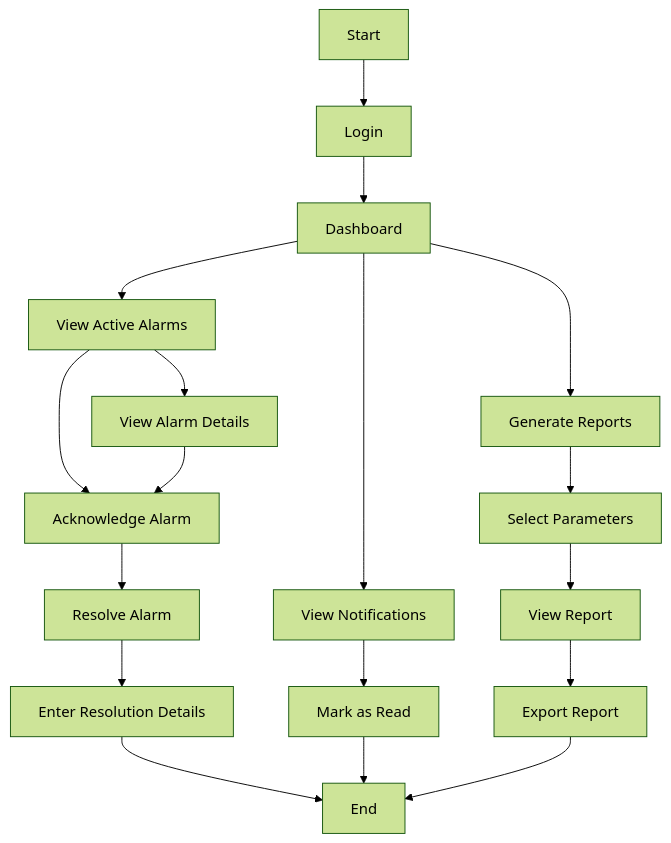
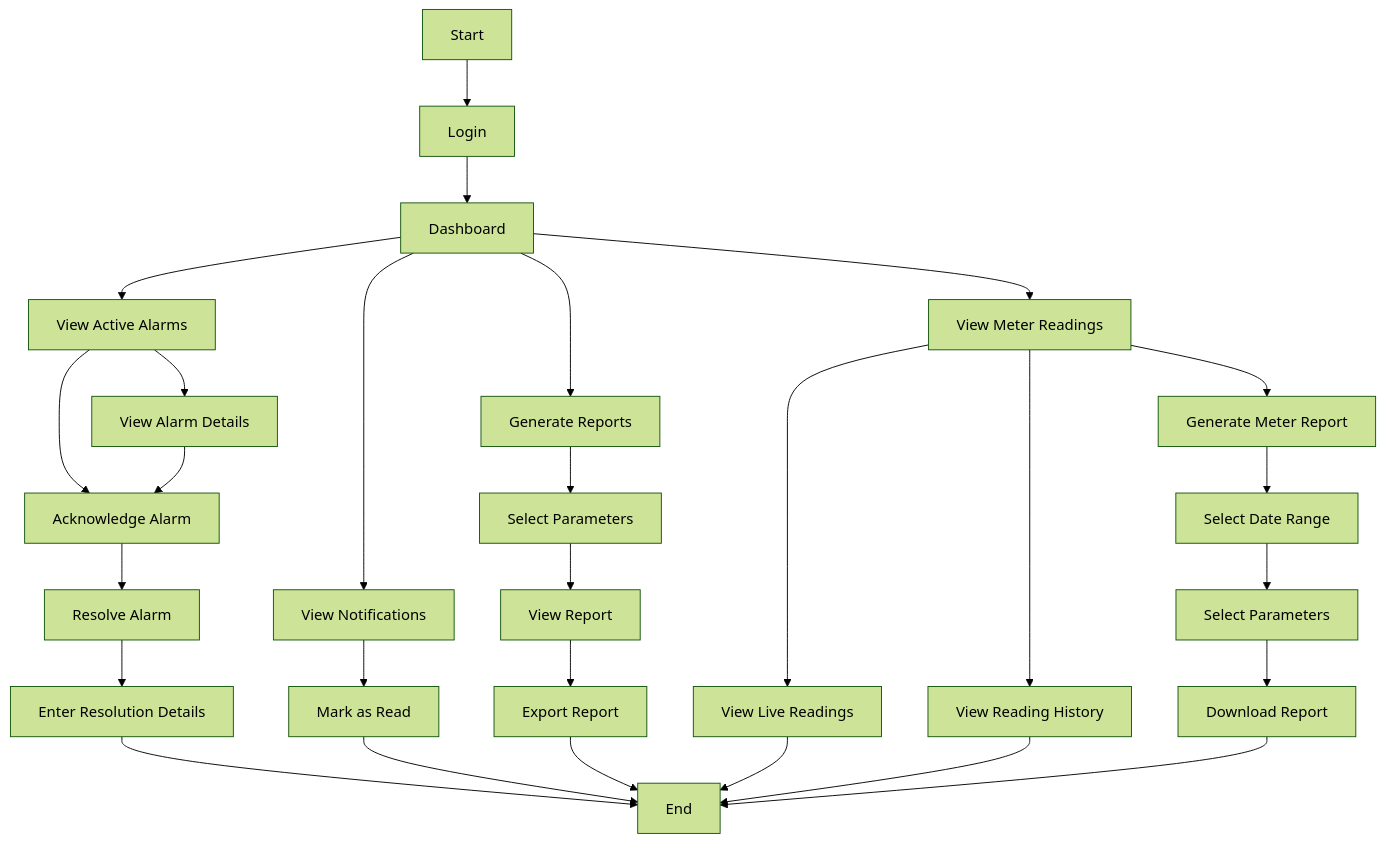
One commit to CHIRANJEEVICHETAN/Eagle-Notifier changed the sixth of 8 diagrams in README.md. Above: the diagram before and after it, drawn with Mermaid (forest theme). The commit also changed other lines of this file and 2 other files, not shown here.

````diff
--- a/README.md
+++ b/README.md
@@ -372,20 +463,30 @@
 ```mermaid
 flowchart TD
     A[Start] --> B[Login]
     B --> C[Dashboard]
     C --> D[View Active Alarms]
     C --> E[View Notifications]
     C --> F[Generate Reports]
+    C --> P[View Meter Readings]
     D --> G[Acknowledge Alarm]
     D --> H[View Alarm Details]
     H --> G
     G --> I[Resolve Alarm]
     I --> J[Enter Resolution Details]
     J --> K[End]
     E --> L[Mark as Read]
     L --> K
     F --> M[Select Parameters]
     M --> N[View Report]
     N --> O[Export Report]
     O --> K
+    P --> Q[View Live Readings]
+    P --> R[View Reading History]
+    P --> S[Generate Meter Report]
+    Q --> K
+    R --> K
+    S --> T[Select Date Range]
+    T --> U[Select Parameters]
+    U --> V[Download Report]
+    V --> K
 ```
````
